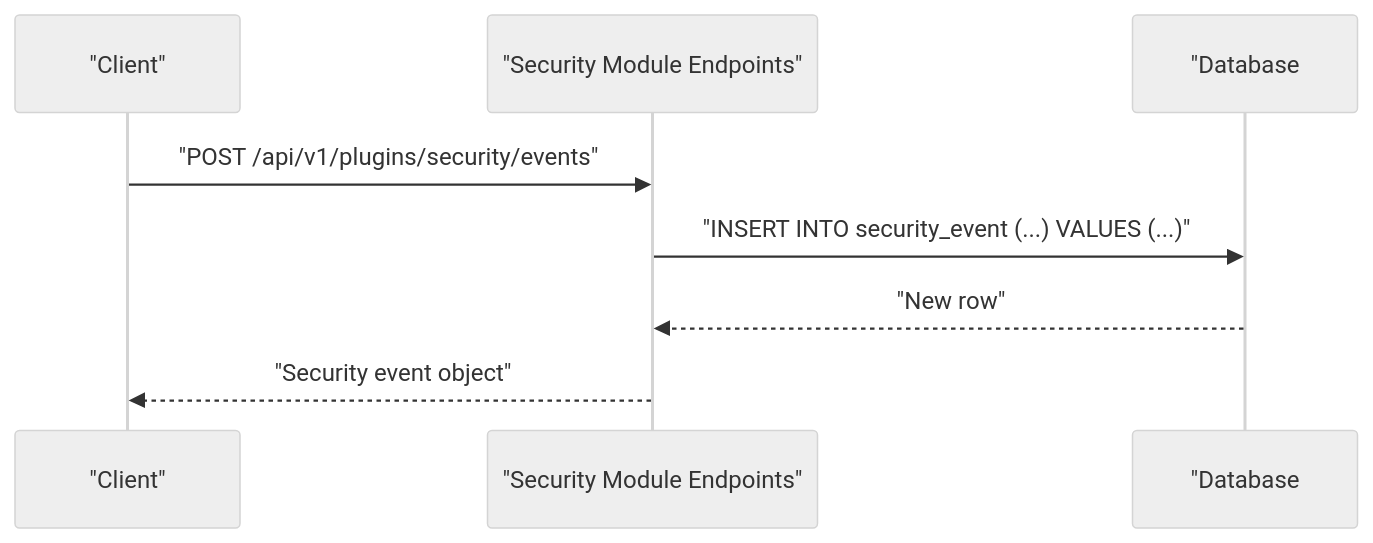
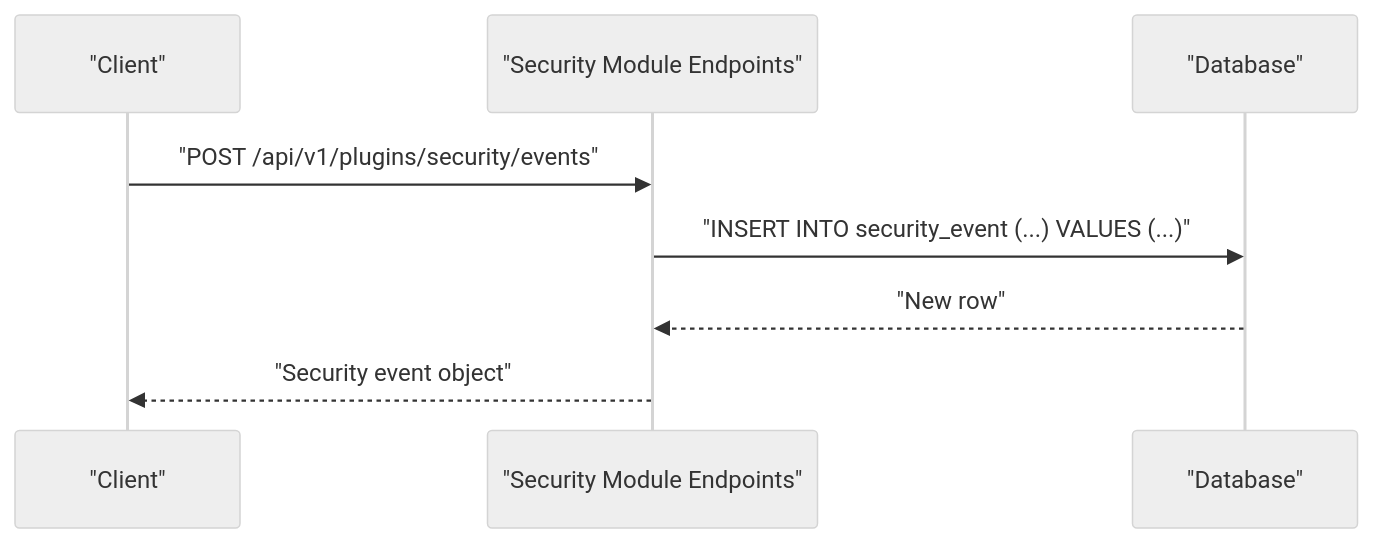
The ninth of 11 diagrams in .qoder/repowiki/en/content/Core API Reference/Dashboard Endpoints.md (Nikita5543/New-SSO-02), drawn with Mermaid (neutral theme) before and after one commit. The commit also changed other lines of this file and 3 other files, not shown here.

````diff
--- a/.qoder/repowiki/en/content/Core API Reference/Dashboard Endpoints.md
+++ b/.qoder/repowiki/en/content/Core API Reference/Dashboard Endpoints.md
@@ -292,10 +384,10 @@
 ```mermaid
 sequenceDiagram
 participant Client as "Client"
 participant API as "Security Module Endpoints"
-participant DB as "Database
+participant DB as "Database"
 Client->>API : "POST /api/v1/plugins/security/events"
 API->>DB : "INSERT INTO security_event (...) VALUES (...)"
 DB-->>API : "New row"
 API-->>Client : "Security event object"
 ```
````
